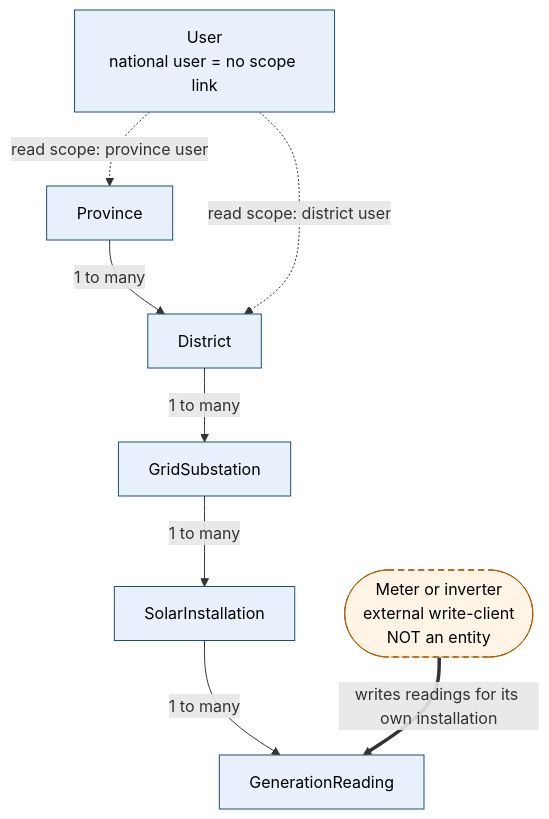
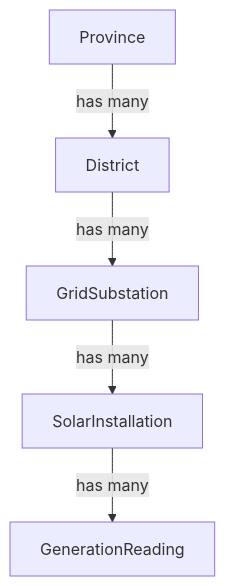
The first of 4 diagrams in docs/design/data-model.md (Grandeur77/Solar_Generation_Data_Manager), drawn with Mermaid before and after one commit. The commit also changed other lines of this file, not shown here.

Commit message:
1.1: simplify hierarchy diagram

````diff
--- a/docs/design/data-model.md
+++ b/docs/design/data-model.md
@@ -14,17 +14,7 @@
 ```mermaid
 flowchart TD
-    P["Province"] -->|"1 to many"| D["District"]
-    D -->|"1 to many"| G["GridSubstation"]
-    G -->|"1 to many"| S["SolarInstallation"]
-    S -->|"1 to many"| R["GenerationReading"]
-
-    U["User<br/>national user = no scope link"] -.->|"read scope: province user"| P
-    U -.->|"read scope: district user"| D
-
-    M(["Meter or inverter<br/>external write-client<br/>NOT an entity"]) ==>|"writes readings for its own installation"| R
-
-    classDef entity fill:#e8f1fb,stroke:#1f4e79,color:#000000
-    classDef actor fill:#fff4e5,stroke:#b35900,stroke-dasharray:6 4,color:#000000
-    class P,D,G,S,R,U entity
-    class M actor
+    P["Province"] -->|"has many"| D["District"]
+    D -->|"has many"| G["GridSubstation"]
+    G -->|"has many"| S["SolarInstallation"]
+    S -->|"has many"| R["GenerationReading"]
 ```
````
